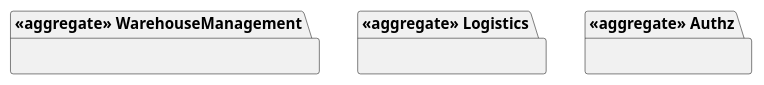
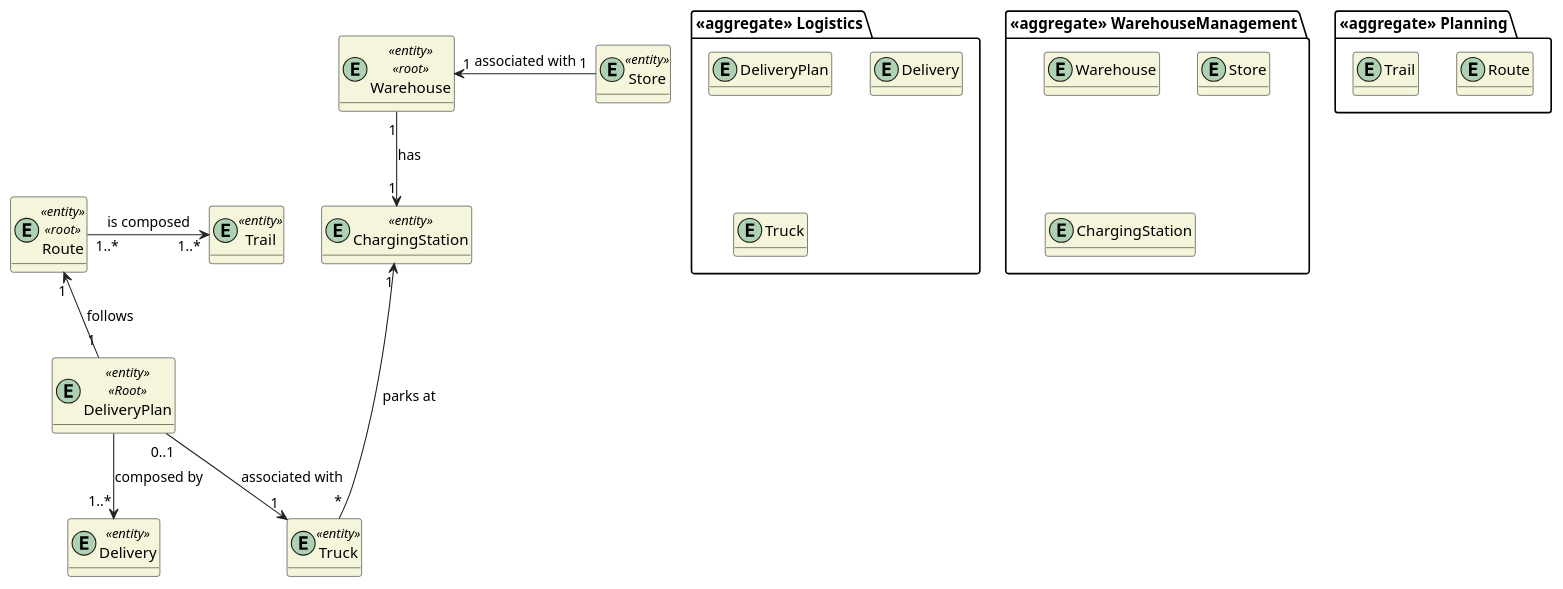
Before and after one commit to 0franciscor/dei_3dj_057: the diagram in Documents/DMs/DM.puml, drawn with PlantUML. The commit also changed 1 other file, not shown here.

```diff
--- a/Documents/DMs/DM.puml
+++ b/Documents/DMs/DM.puml
@@ -1,20 +1,71 @@
 @startuml DM
 
 skinparam classAttributeIconSize 0
 hide empty attributes
 skinparam classBackgroundColor beige
 skinparam ArrowColor #222222
 
-package "<<aggregate>> WarehouseManagement"{
-}
-
 package "<<aggregate>> Logistics"{
+    entity DeliveryPlan
+    entity Delivery
+    entity Truck
 
 }
 
-package "<<aggregate>> Authz" {
+entity DeliveryPlan <<entity>> <<Root>>{
+
 }
+
+entity Delivery <<entity>>{
+
+}
+
+entity Truck <<entity>>{
+
+}
+
+package "<<aggregate>> Planning"{
+    entity Route
+    entity Trail
+}
+
+entity Route <<entity>> <<root>>{
+
+}
+
+entity Trail <<entity>> {
+
+}
+
+package "<<aggregate>> WarehouseManagement"{
+  entity Warehouse
+  entity Store
+  entity ChargingStation
+
+}
+
+entity Warehouse <<entity>> <<root>>{
+
+}
+
+entity Store <<entity>>{
+
+}
+
+entity ChargingStation <<entity>> {
+
+}
+
+DeliveryPlan --> "1..*" Delivery : composed by
+DeliveryPlan "0..1"--> "1" Truck : associated with
+
+Route "1..*" -> "1..*" Trail : is composed
+Route "1" <-- "1" DeliveryPlan : follows
+
+Warehouse "1" <- "1" Store : associated with
+Warehouse "1" --> "1" ChargingStation: has
+ChargingStation "1" <---  "*" Truck : parks at
 
 
 
 @enduml
```
